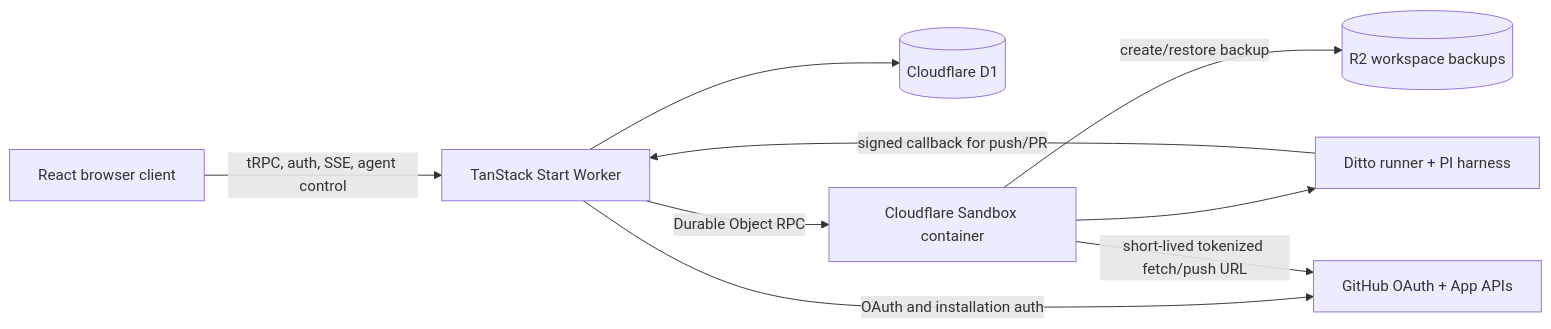
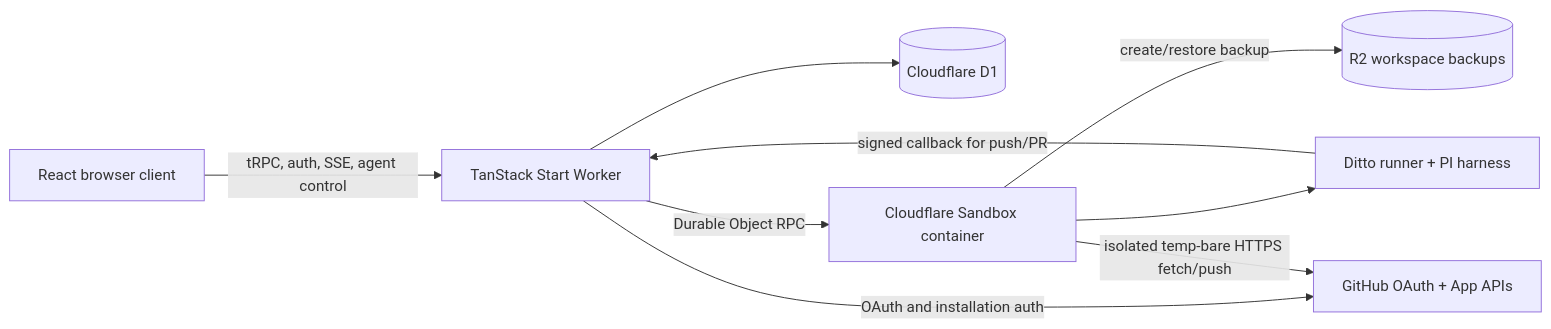
One commit to metaloozee/ditto changed the diagram in docs/architecture/overview.md. Above: the diagram before and after it, drawn with Mermaid. The commit also changed other lines of this file and 2 other files, not shown here.

Commit message:
docs(architecture): document isolated privileged git boundary

````diff
--- a/docs/architecture/overview.md
+++ b/docs/architecture/overview.md
@@ -17,19 +17,19 @@
 ```mermaid
 flowchart LR
   Browser[React browser client]
   Worker[TanStack Start Worker]
   D1[(Cloudflare D1)]
   Sandbox[Cloudflare Sandbox container]
   Runner[Ditto runner + PI harness]
   R2[(R2 workspace backups)]
   GitHub[GitHub OAuth + App APIs]
 
   Browser -->|tRPC, auth, SSE, agent control| Worker
   Worker --> D1
   Worker -->|Durable Object RPC| Sandbox
   Sandbox --> Runner
   Sandbox -->|create/restore backup| R2
   Worker -->|OAuth and installation auth| GitHub
-  Sandbox -->|short-lived tokenized fetch/push URL| GitHub
+  Sandbox -->|isolated temp-bare HTTPS fetch/push| GitHub
   Runner -->|signed callback for push/PR| Worker
 ```
````
